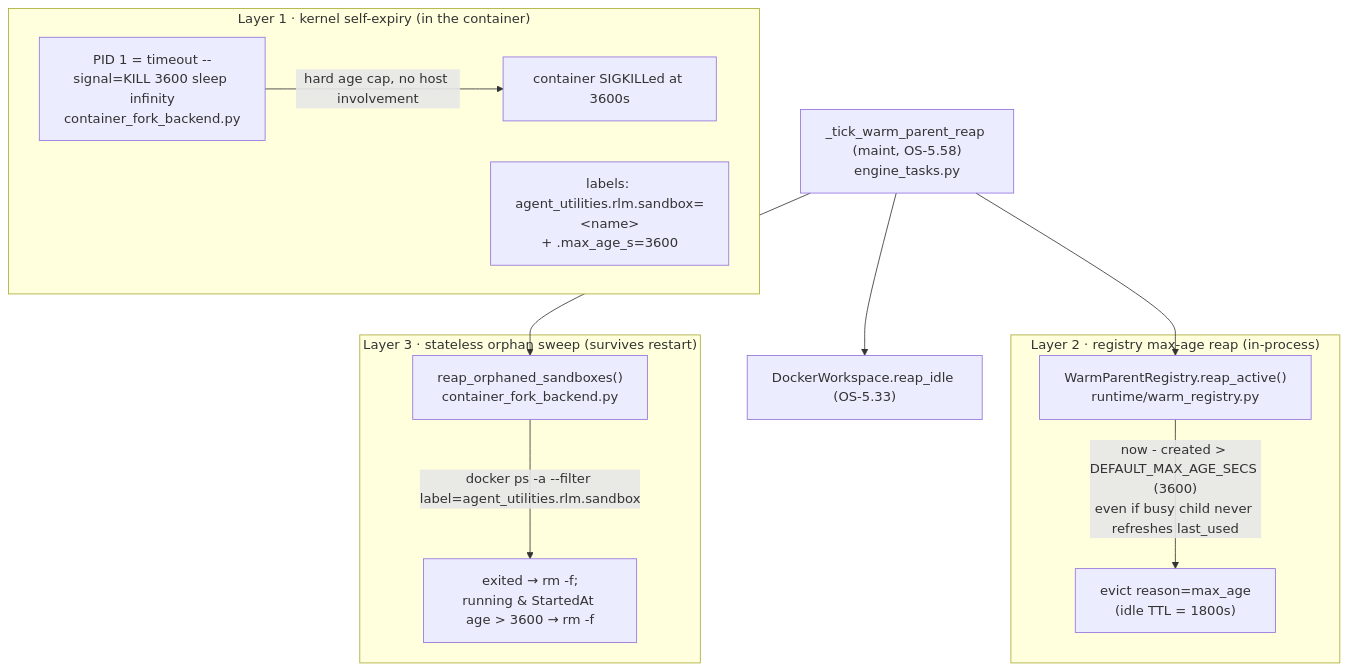
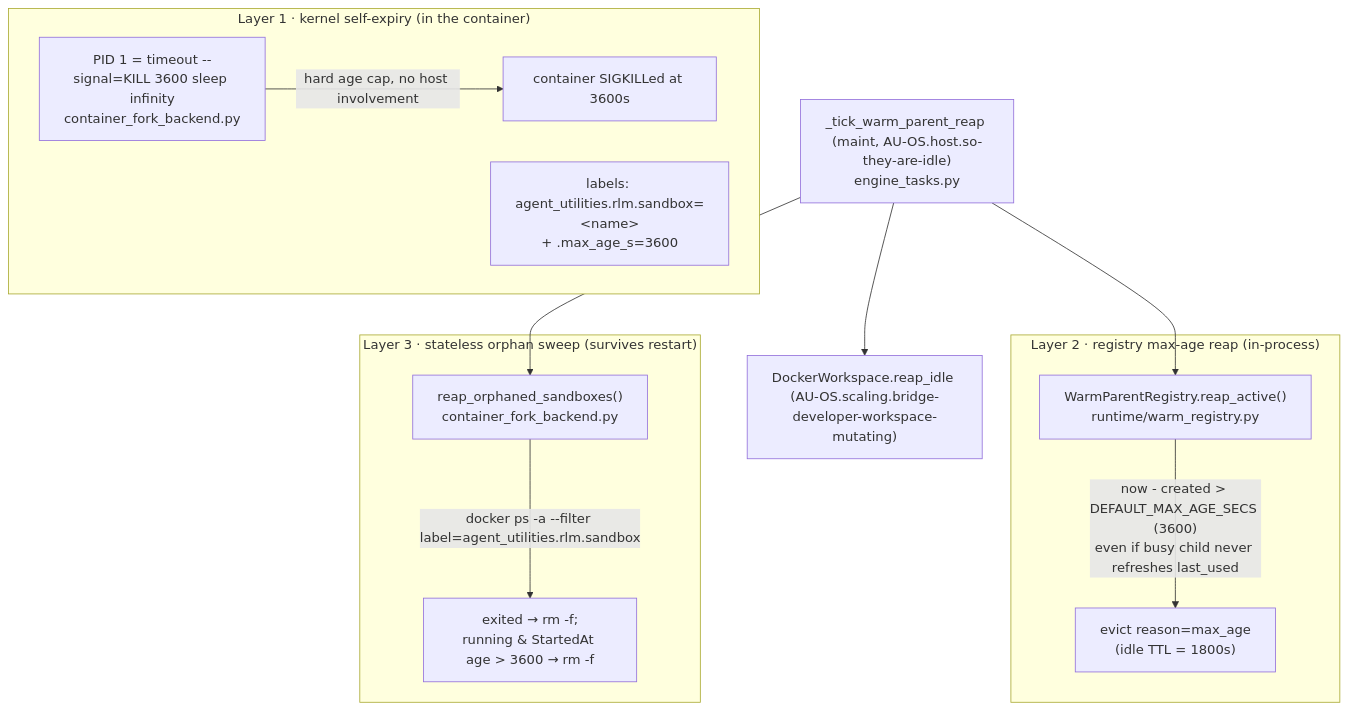
One commit to Knuckles-Team/agent-utilities changed the second of 2 diagrams in docs/architecture/warm-fork-sandboxes.md. Above: the diagram before and after it, drawn with Mermaid. The commit also changed other lines of this file and 2324 other files, not shown here.

````diff
--- a/docs/architecture/warm-fork-sandboxes.md
+++ b/docs/architecture/warm-fork-sandboxes.md
@@ -148,20 +148,20 @@
 ```mermaid
 flowchart TB
     subgraph L1["Layer 1 · kernel self-expiry (in the container)"]
         PID1["PID 1 = timeout --signal=KILL 3600 sleep infinity<br/>container_fork_backend.py"]
         LBL["labels: agent_utilities.rlm.sandbox=&lt;name&gt;<br/>+ .max_age_s=3600"]
         PID1 -->|"hard age cap, no host involvement"| KILL1["container SIGKILLed at 3600s"]
     end
     subgraph L2["Layer 2 · registry max-age reap (in-process)"]
         REG["WarmParentRegistry.reap_active()<br/>runtime/warm_registry.py"]
         REG -->|"now - created &gt; DEFAULT_MAX_AGE_SECS (3600)<br/>even if busy child never refreshes last_used"| EVICT["evict reason=max_age<br/>(idle TTL = 1800s)"]
     end
     subgraph L3["Layer 3 · stateless orphan sweep (survives restart)"]
         SWEEP["reap_orphaned_sandboxes()<br/>container_fork_backend.py"]
         SWEEP -->|"docker ps -a --filter label=agent_utilities.rlm.sandbox"| FOUND["exited → rm -f;<br/>running &amp; StartedAt age &gt; 3600 → rm -f"]
     end
 
-    TICK["_tick_warm_parent_reap (maint, OS-5.58)<br/>engine_tasks.py"] --> REG
+    TICK["_tick_warm_parent_reap (maint, AU-OS.host.so-they-are-idle)<br/>engine_tasks.py"] --> REG
     TICK --> SWEEP
-    TICK --> DW["DockerWorkspace.reap_idle (OS-5.33)"]
+    TICK --> DW["DockerWorkspace.reap_idle (AU-OS.scaling.bridge-developer-workspace-mutating)"]
 ```
````
